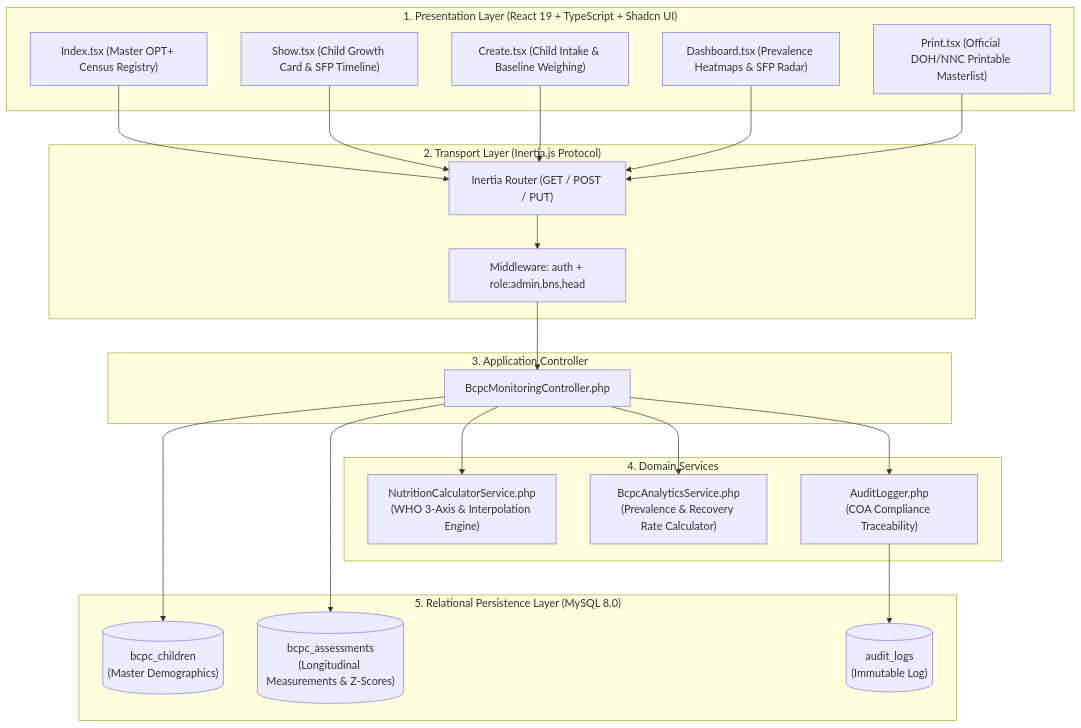
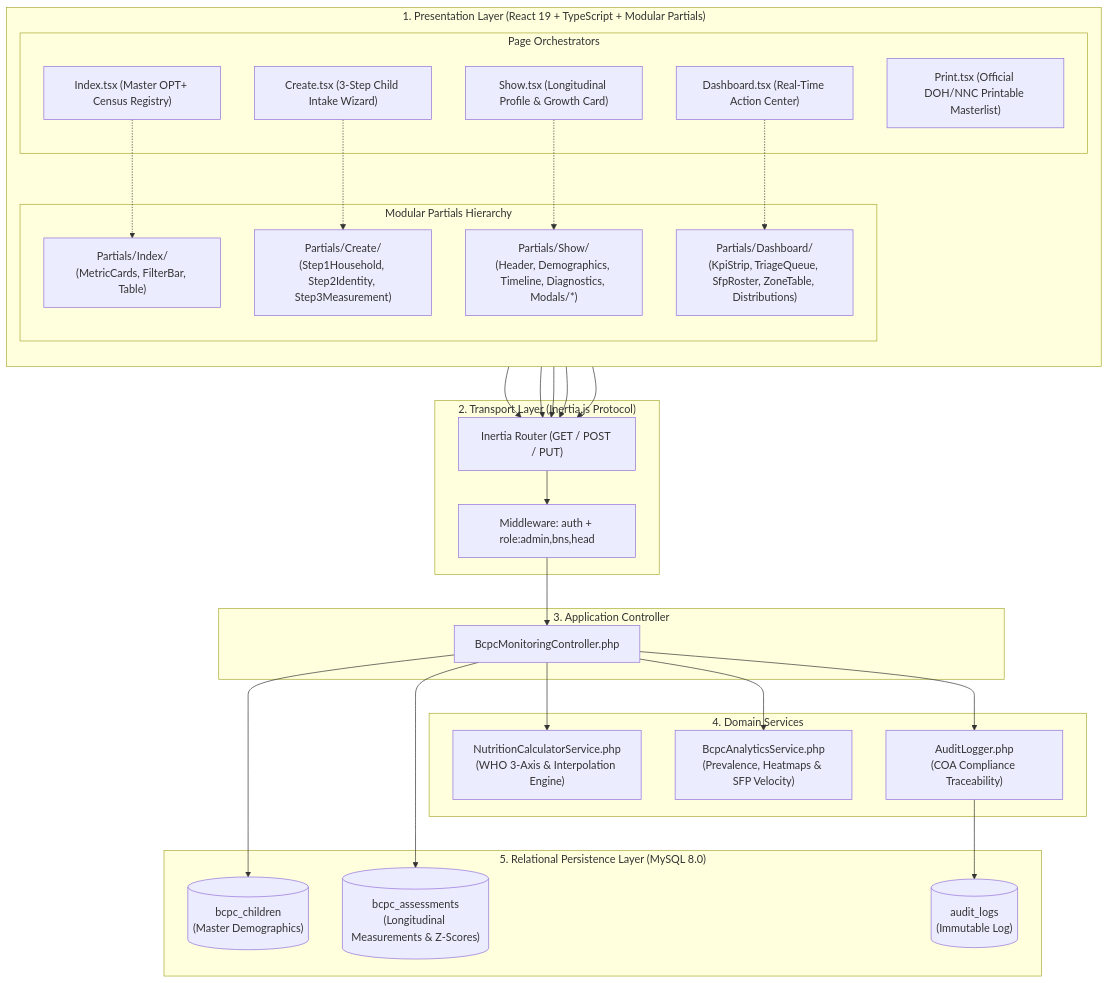
Before and after one commit to duustin25/women_and_family_new: the first of 2 diagrams in docs/modules/bcpc/architecture.md, drawn with Mermaid. The commit also changed other lines of this file and 58 other files, not shown here.

````diff
--- a/docs/modules/bcpc/architecture.md
+++ b/docs/modules/bcpc/architecture.md
@@ -12,47 +13,60 @@
 ```mermaid
 flowchart TD
-    subgraph ClientLayer ["1. Presentation Layer (React 19 + TypeScript + Shadcn UI)"]
-        UI_Index["Index.tsx (Master OPT+ Census Registry)"]
-        UI_Show["Show.tsx (Child Growth Card & SFP Timeline)"]
-        UI_Create["Create.tsx (Child Intake & Baseline Weighing)"]
-        UI_Dashboard["Dashboard.tsx (Prevalence Heatmaps & SFP Radar)"]
-        UI_Print["Print.tsx (Official DOH/NNC Printable Masterlist)"]
+    subgraph ClientLayer ["1. Presentation Layer (React 19 + TypeScript + Modular Partials)"]
+        direction TB
+        subgraph Orchestrators ["Page Orchestrators"]
+            UI_Index["Index.tsx (Master OPT+ Census Registry)"]
+            UI_Create["Create.tsx (3-Step Child Intake Wizard)"]
+            UI_Show["Show.tsx (Longitudinal Profile & Growth Card)"]
+            UI_Dashboard["Dashboard.tsx (Real-Time Action Center)"]
+            UI_Print["Print.tsx (Official DOH/NNC Printable Masterlist)"]
+        end
+        subgraph Partials ["Modular Partials Hierarchy"]
+            P_Index["Partials/Index/<br/>(MetricCards, FilterBar, Table)"]
+            P_Create["Partials/Create/<br/>(Step1Household, Step2Identity, Step3Measurement)"]
+            P_Show["Partials/Show/<br/>(Header, Demographics, Timeline, Diagnostics, Modals/*)"]
+            P_Dashboard["Partials/Dashboard/<br/>(KpiStrip, TriageQueue, SfpRoster, ZoneTable, Distributions)"]
+        end
+        UI_Index -.-> P_Index
+        UI_Create -.-> P_Create
+        UI_Show -.-> P_Show
+        UI_Dashboard -.-> P_Dashboard
     end
 
     subgraph TransportLayer ["2. Transport Layer (Inertia.js Protocol)"]
         InertiaRouter["Inertia Router (GET / POST / PUT)"]
         AuthMiddleware["Middleware: auth + role:admin,bns,head"]
         InertiaRouter --> AuthMiddleware
     end
 
     subgraph ControllerLayer ["3. Application Controller"]
         BcpcCtrl["BcpcMonitoringController.php"]
         AuthMiddleware --> BcpcCtrl
     end
 
     subgraph ServiceLayer ["4. Domain Services"]
         Svc_Nutri["NutritionCalculatorService.php<br/>(WHO 3-Axis & Interpolation Engine)"]
-        Svc_Analytics["BcpcAnalyticsService.php<br/>(Prevalence & Recovery Rate Calculator)"]
+        Svc_Analytics["BcpcAnalyticsService.php<br/>(Prevalence, Heatmaps & SFP Velocity)"]
         Svc_Audit["AuditLogger.php<br/>(COA Compliance Traceability)"]
 
         BcpcCtrl --> Svc_Nutri
         BcpcCtrl --> Svc_Analytics
         BcpcCtrl --> Svc_Audit
     end
 
     subgraph DatabaseLayer ["5. Relational Persistence Layer (MySQL 8.0)"]
         DB_Children[("bcpc_children<br/>(Master Demographics)")]
         DB_Assessments[("bcpc_assessments<br/>(Longitudinal Measurements & Z-Scores)")]
         DB_Audit[("audit_logs<br/>(Immutable Log)")]
 
         BcpcCtrl --> DB_Children
         BcpcCtrl --> DB_Assessments
         Svc_Audit --> DB_Audit
     end
 
     UI_Index --> InertiaRouter
+    UI_Create --> InertiaRouter
     UI_Show --> InertiaRouter
-    UI_Create --> InertiaRouter
     UI_Dashboard --> InertiaRouter
     UI_Print --> InertiaRouter
 ```
````
